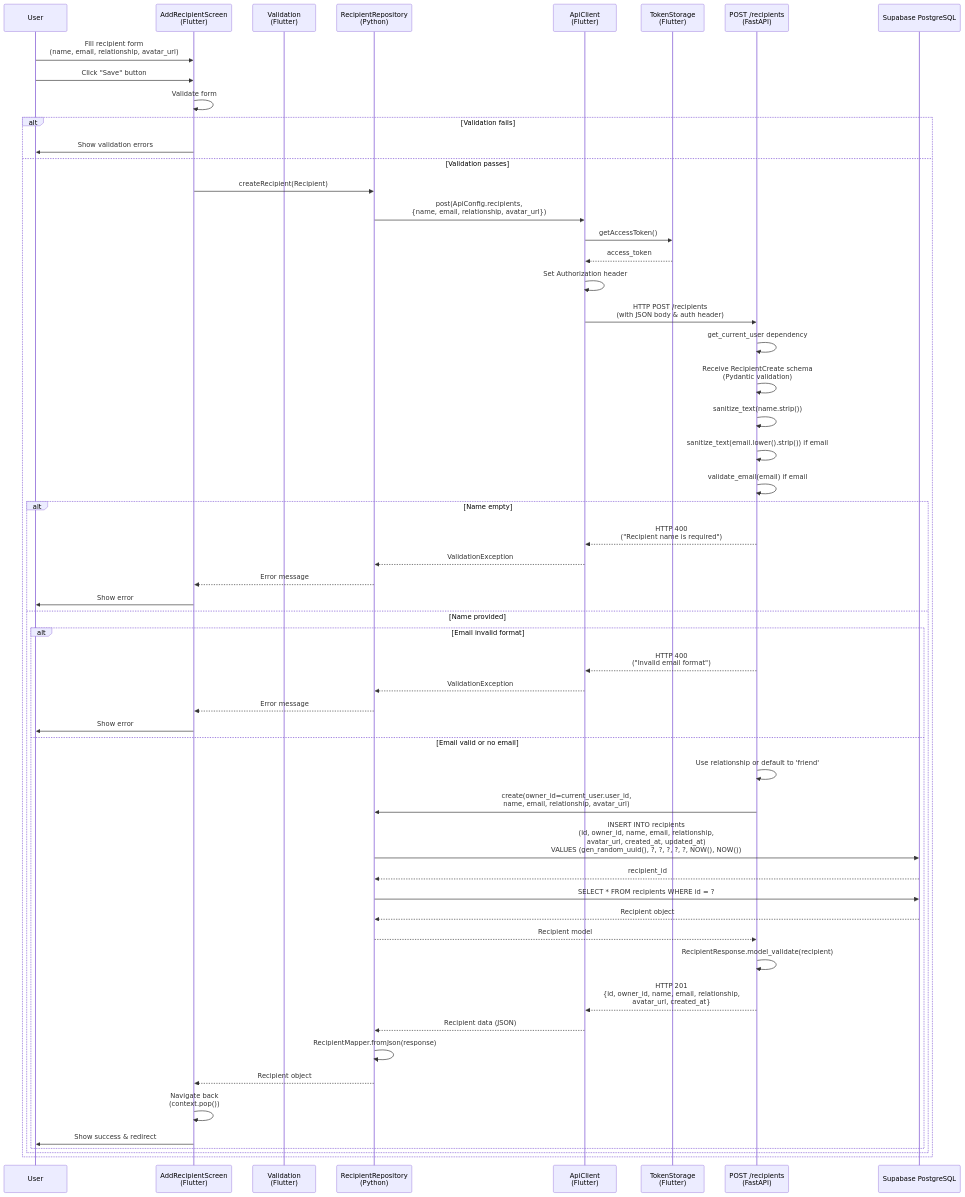
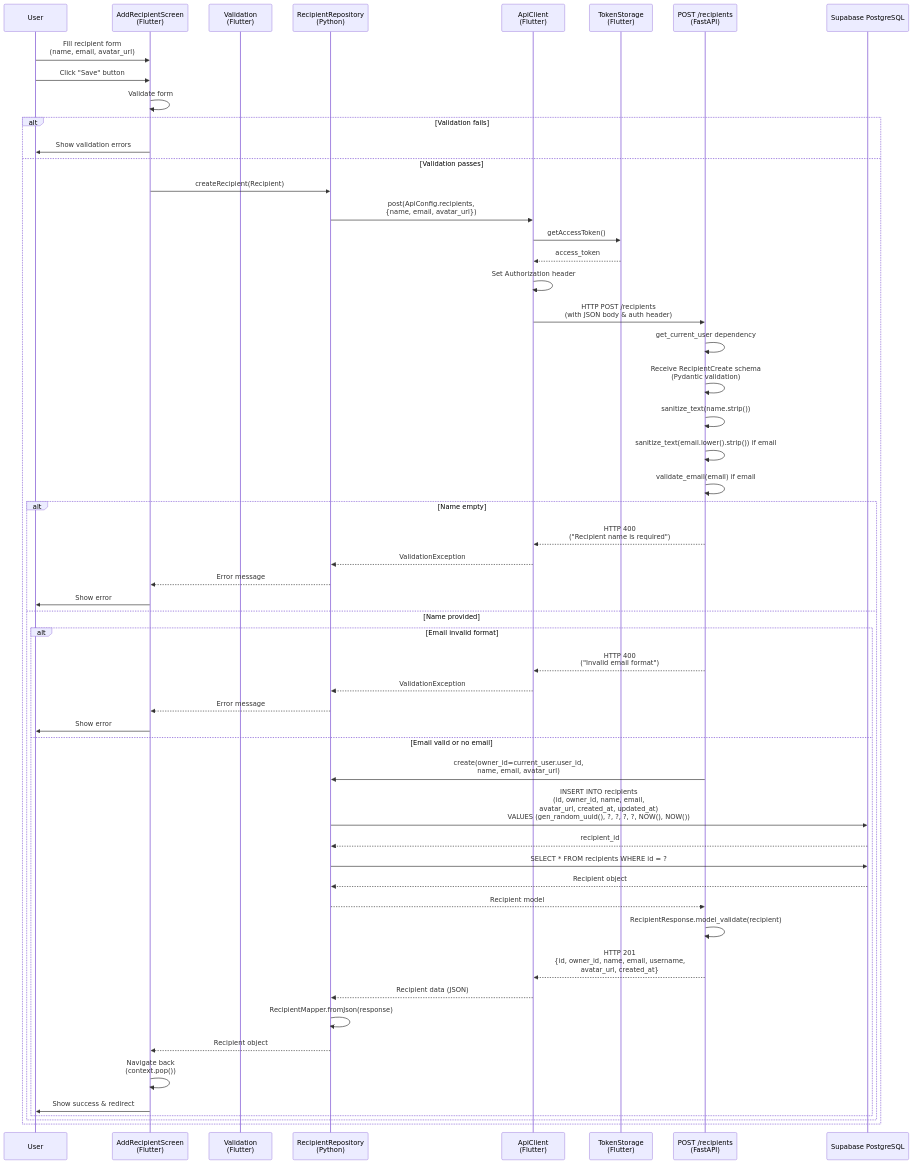
Before and after one commit to sunilkumarvuppala/open-on-app: diagram 11 of 25 in docs/SEQUENCE_DIAGRAMS.md, drawn with Mermaid. The commit also changed other lines of this file and 51 other files, not shown here.

````diff
--- a/docs/SEQUENCE_DIAGRAMS.md
+++ b/docs/SEQUENCE_DIAGRAMS.md
@@ -978,64 +978,63 @@
 ```mermaid
 sequenceDiagram
     participant User
     participant AddRecipientScreen as AddRecipientScreen<br/>(Flutter)
     participant Validation as Validation<br/>(Flutter)
     participant RecipientRepo as ApiRecipientRepository<br/>(Flutter)
     participant ApiClient as ApiClient<br/>(Flutter)
     participant TokenStorage as TokenStorage<br/>(Flutter)
     participant RecipientAPI as POST /recipients<br/>(FastAPI)
     participant RecipientRepo as RecipientRepository<br/>(Python)
     participant DB as Supabase PostgreSQL
 
-    User->>AddRecipientScreen: Fill recipient form<br/>(name, email, relationship, avatar_url)
+    User->>AddRecipientScreen: Fill recipient form<br/>(name, email, avatar_url)
     User->>AddRecipientScreen: Click "Save" button
     AddRecipientScreen->>AddRecipientScreen: Validate form
     
     alt Validation fails
         AddRecipientScreen->>User: Show validation errors
     else Validation passes
         AddRecipientScreen->>RecipientRepo: createRecipient(Recipient)
-        RecipientRepo->>ApiClient: post(ApiConfig.recipients,<br/>{name, email, relationship, avatar_url})
+        RecipientRepo->>ApiClient: post(ApiConfig.recipients,<br/>{name, email, avatar_url})
         ApiClient->>TokenStorage: getAccessToken()
         TokenStorage-->>ApiClient: access_token
         ApiClient->>ApiClient: Set Authorization header
         ApiClient->>RecipientAPI: HTTP POST /recipients<br/>(with JSON body & auth header)
         
         RecipientAPI->>RecipientAPI: get_current_user dependency
         RecipientAPI->>RecipientAPI: Receive RecipientCreate schema<br/>(Pydantic validation)
         RecipientAPI->>RecipientAPI: sanitize_text(name.strip())
         RecipientAPI->>RecipientAPI: sanitize_text(email.lower().strip()) if email
         RecipientAPI->>RecipientAPI: validate_email(email) if email
         
         alt Name empty
             RecipientAPI-->>ApiClient: HTTP 400<br/>("Recipient name is required")
             ApiClient-->>RecipientRepo: ValidationException
             RecipientRepo-->>AddRecipientScreen: Error message
             AddRecipientScreen->>User: Show error
         else Name provided
             alt Email invalid format
                 RecipientAPI-->>ApiClient: HTTP 400<br/>("Invalid email format")
                 ApiClient-->>RecipientRepo: ValidationException
                 RecipientRepo-->>AddRecipientScreen: Error message
                 AddRecipientScreen->>User: Show error
             else Email valid or no email
-                RecipientAPI->>RecipientAPI: Use relationship or default to 'friend'
-                RecipientAPI->>RecipientRepo: create(owner_id=current_user.user_id,<br/>name, email, relationship, avatar_url)
-                RecipientRepo->>DB: INSERT INTO recipients<br/>(id, owner_id, name, email, relationship,<br/>avatar_url, created_at, updated_at)<br/>VALUES (gen_random_uuid(), ?, ?, ?, ?, ?, NOW(), NOW())
+                RecipientAPI->>RecipientRepo: create(owner_id=current_user.user_id,<br/>name, email, avatar_url)
+                RecipientRepo->>DB: INSERT INTO recipients<br/>(id, owner_id, name, email,<br/>avatar_url, created_at, updated_at)<br/>VALUES (gen_random_uuid(), ?, ?, ?, ?, NOW(), NOW())
                 DB-->>RecipientRepo: recipient_id
                 RecipientRepo->>DB: SELECT * FROM recipients WHERE id = ?
                 DB-->>RecipientRepo: Recipient object
                 RecipientRepo-->>RecipientAPI: Recipient model
                 
                 RecipientAPI->>RecipientAPI: RecipientResponse.model_validate(recipient)
-                RecipientAPI-->>ApiClient: HTTP 201<br/>{id, owner_id, name, email, relationship,<br/>avatar_url, created_at}
+                RecipientAPI-->>ApiClient: HTTP 201<br/>{id, owner_id, name, email, username,<br/>avatar_url, created_at}
                 
                 ApiClient-->>RecipientRepo: Recipient data (JSON)
                 RecipientRepo->>RecipientRepo: RecipientMapper.fromJson(response)
                 RecipientRepo-->>AddRecipientScreen: Recipient object
                 AddRecipientScreen->>AddRecipientScreen: Navigate back<br/>(context.pop())
                 AddRecipientScreen->>User: Show success & redirect
             end
         end
     end
 ```
````
